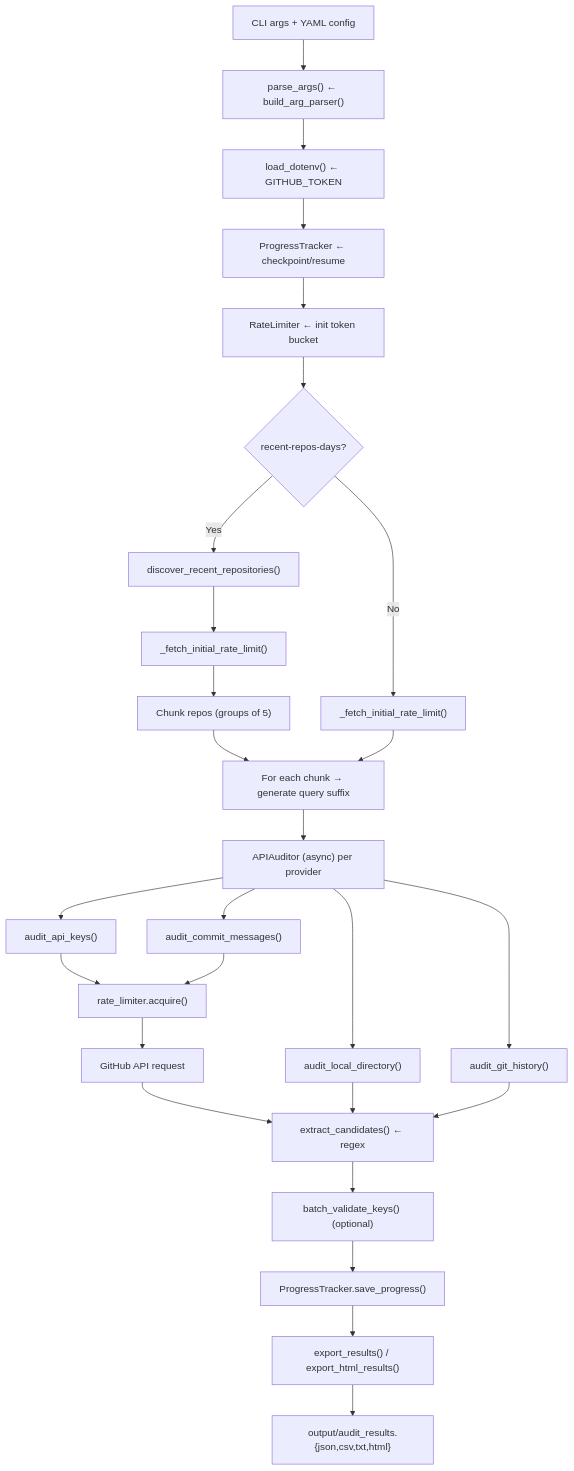
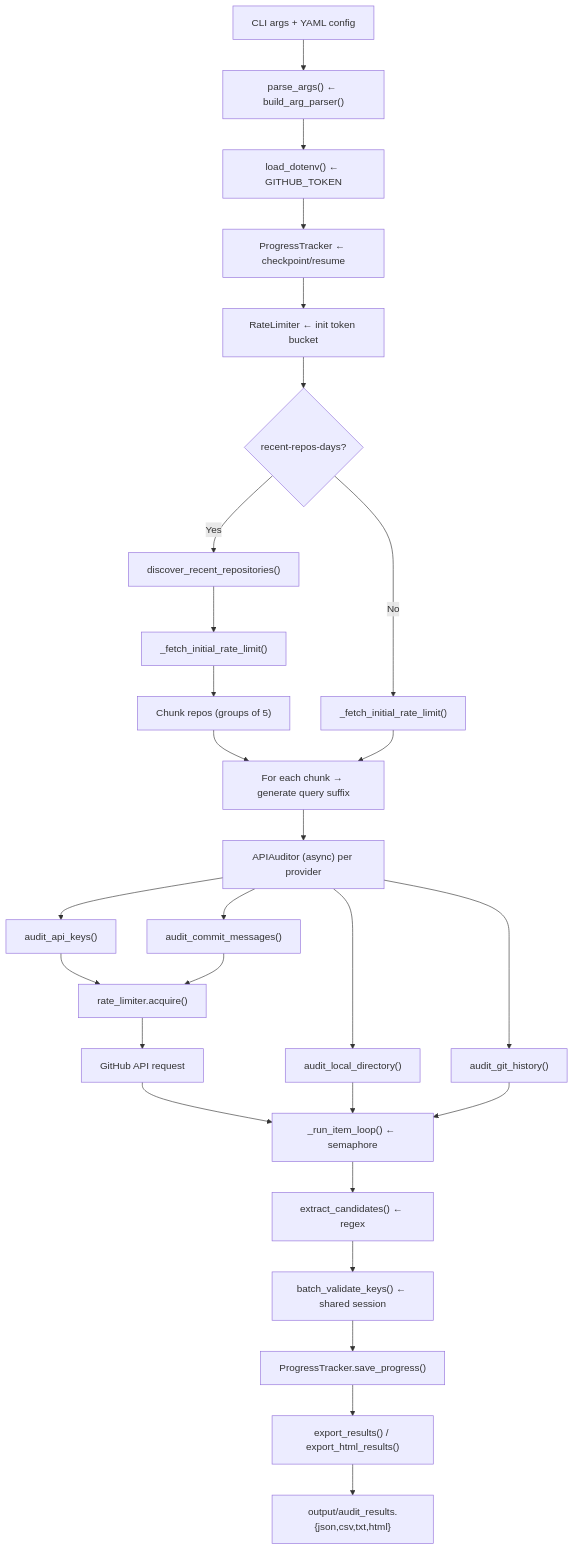
One commit to sunil-gumatimath/credsclaw changed the diagram in README.md. Above: the diagram before and after it, drawn with Mermaid. The commit also changed other lines of this file, not shown here.

````diff
--- a/README.md
+++ b/README.md
@@ -417,34 +422,35 @@
 ```mermaid
 flowchart TD
     A["CLI args + YAML config"] --> B["parse_args() ← build_arg_parser()"]
     B --> C["load_dotenv() ← GITHUB_TOKEN"]
     C --> D["ProgressTracker ← checkpoint/resume"]
     D --> E["RateLimiter ← init token bucket"]
 
     E --> F{recent-repos-days?}
     F -- Yes --> G["discover_recent_repositories()"]
     G --> H["_fetch_initial_rate_limit()"]
     H --> I["Chunk repos (groups of 5)"]
     I --> J["For each chunk → generate query suffix"]
 
     F -- No --> H2["_fetch_initial_rate_limit()"]
     H2 --> J
 
     J --> K["APIAuditor (async) per provider"]
     K --> L["audit_api_keys()"]
     K --> M["audit_commit_messages()"]
     K --> N["audit_local_directory()"]
     K --> O["audit_git_history()"]
 
     L & M --> P["rate_limiter.acquire()"]
     P --> Q["GitHub API request"]
-    Q --> R["extract_candidates() ← regex"]
-    R --> S["batch_validate_keys() (optional)"]
-    S --> T["ProgressTracker.save_progress()"]
+    Q --> R["_run_item_loop() ← semaphore"]
+    R --> S["extract_candidates() ← regex"]
+    S --> T["batch_validate_keys() ← shared session"]
+    T --> U["ProgressTracker.save_progress()"]
 
     N --> R
     O --> R
 
-    T --> U["export_results() / export_html_results()"]
-    U --> V["output/audit_results.{json,csv,txt,html}"]
+    U --> V["export_results() / export_html_results()"]
+    V --> W["output/audit_results.{json,csv,txt,html}"]
 ```
````
